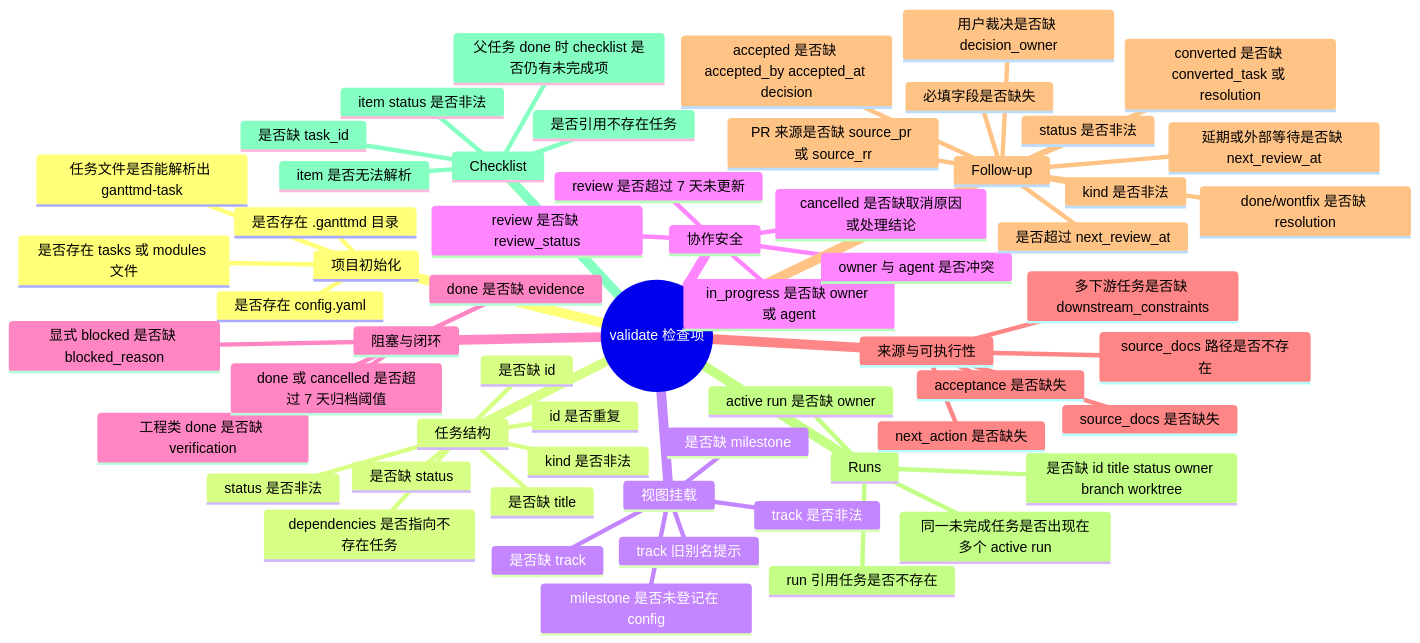
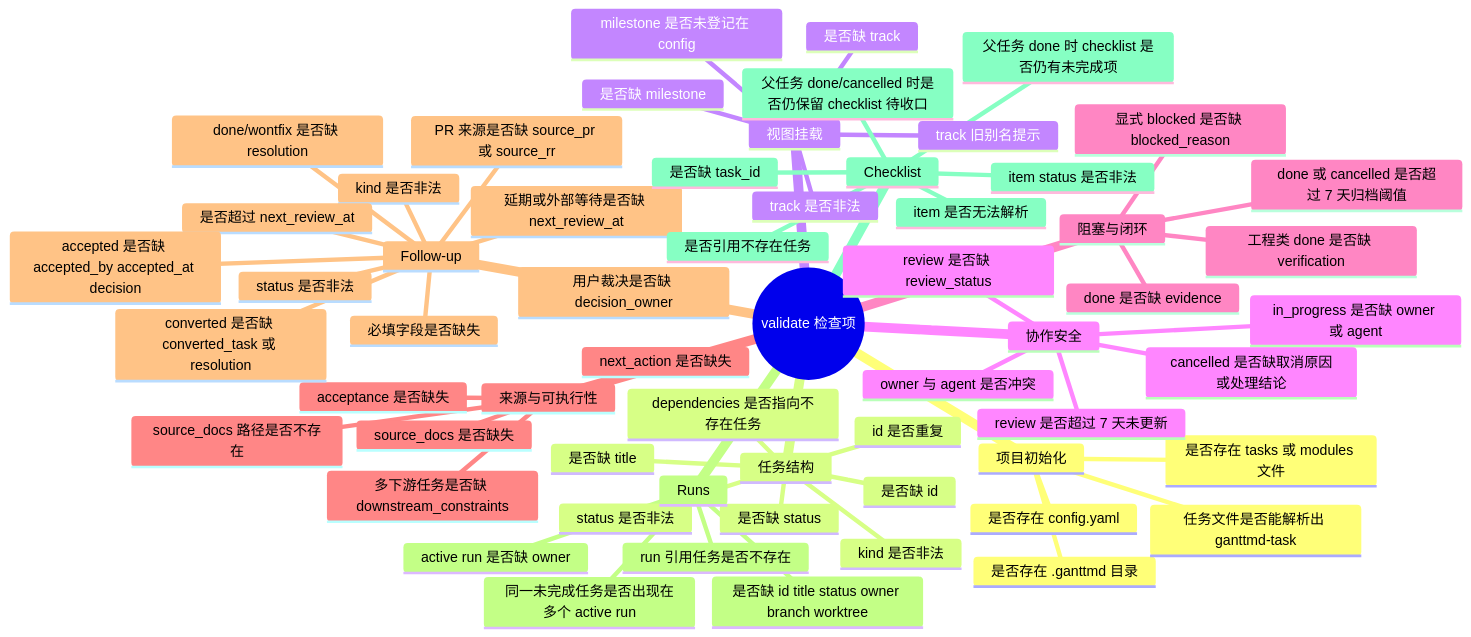
One commit to GengDaPeng/GanttMD changed the second of 2 diagrams in docs/校验脚本检查流程图.md. Above: the diagram before and after it, drawn with Mermaid. The commit also changed 6 other files, not shown here.

````diff
--- a/docs/校验脚本检查流程图.md
+++ b/docs/校验脚本检查流程图.md
@@ -79,62 +79,63 @@
 ```mermaid
 mindmap
   root((validate 检查项))
     项目初始化
       是否存在 .ganttmd 目录
       是否存在 config.yaml
       是否存在 tasks 或 modules 文件
       任务文件是否能解析出 ganttmd-task
     任务结构
       是否缺 id
       id 是否重复
       是否缺 title
       是否缺 status
       status 是否非法
       kind 是否非法
       dependencies 是否指向不存在任务
     视图挂载
       是否缺 track
       track 是否非法
       track 旧别名提示
       是否缺 milestone
       milestone 是否未登记在 config
     协作安全
       in_progress 是否缺 owner 或 agent
       owner 与 agent 是否冲突
       review 是否缺 review_status
       review 是否超过 7 天未更新
       cancelled 是否缺取消原因或处理结论
     阻塞与闭环
       显式 blocked 是否缺 blocked_reason
       done 是否缺 evidence
       工程类 done 是否缺 verification
       done 或 cancelled 是否超过 7 天归档阈值
     来源与可执行性
       source_docs 是否缺失
       source_docs 路径是否不存在
       next_action 是否缺失
       acceptance 是否缺失
       多下游任务是否缺 downstream_constraints
     Follow-up
       必填字段是否缺失
       status 是否非法
       kind 是否非法
       PR 来源是否缺 source_pr 或 source_rr
       用户裁决是否缺 decision_owner
       延期或外部等待是否缺 next_review_at
       是否超过 next_review_at
       accepted 是否缺 accepted_by accepted_at decision
       converted 是否缺 converted_task 或 resolution
       done/wontfix 是否缺 resolution
     Runs
       是否缺 id title status owner branch worktree
       active run 是否缺 owner
       run 引用任务是否不存在
       同一未完成任务是否出现在多个 active run
     Checklist
       是否缺 task_id
       是否引用不存在任务
       item 是否无法解析
       item status 是否非法
       父任务 done 时 checklist 是否仍有未完成项
+      父任务 done/cancelled 时是否仍保留 checklist 待收口
 ```
````
